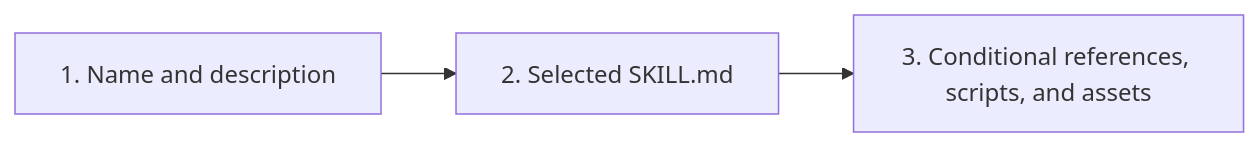
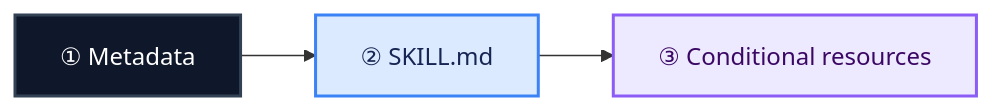
The fourth of 4 diagrams in README.md (rmjosea/agentic-sdlc-kit), drawn with Mermaid before and after one commit. The commit also changed other lines of this file and 1 other file, not shown here.

````diff
--- a/README.md
+++ b/README.md
@@ -172,5 +184,11 @@
 ```mermaid
 flowchart LR
-    A["1. Name and description"] --> B["2. Selected SKILL.md"]
-    B --> C["3. Conditional references, scripts, and assets"]
+    A["① Metadata"] --> B["② SKILL.md"] --> C["③ Conditional resources"]
+
+    classDef discovery fill:#0f172a,color:#ffffff,stroke:#334155,stroke-width:2px;
+    classDef procedure fill:#dbeafe,color:#172554,stroke:#3b82f6,stroke-width:2px;
+    classDef resource fill:#ede9fe,color:#3b0764,stroke:#8b5cf6,stroke-width:2px;
+    class A discovery;
+    class B procedure;
+    class C resource;
 ```
````
